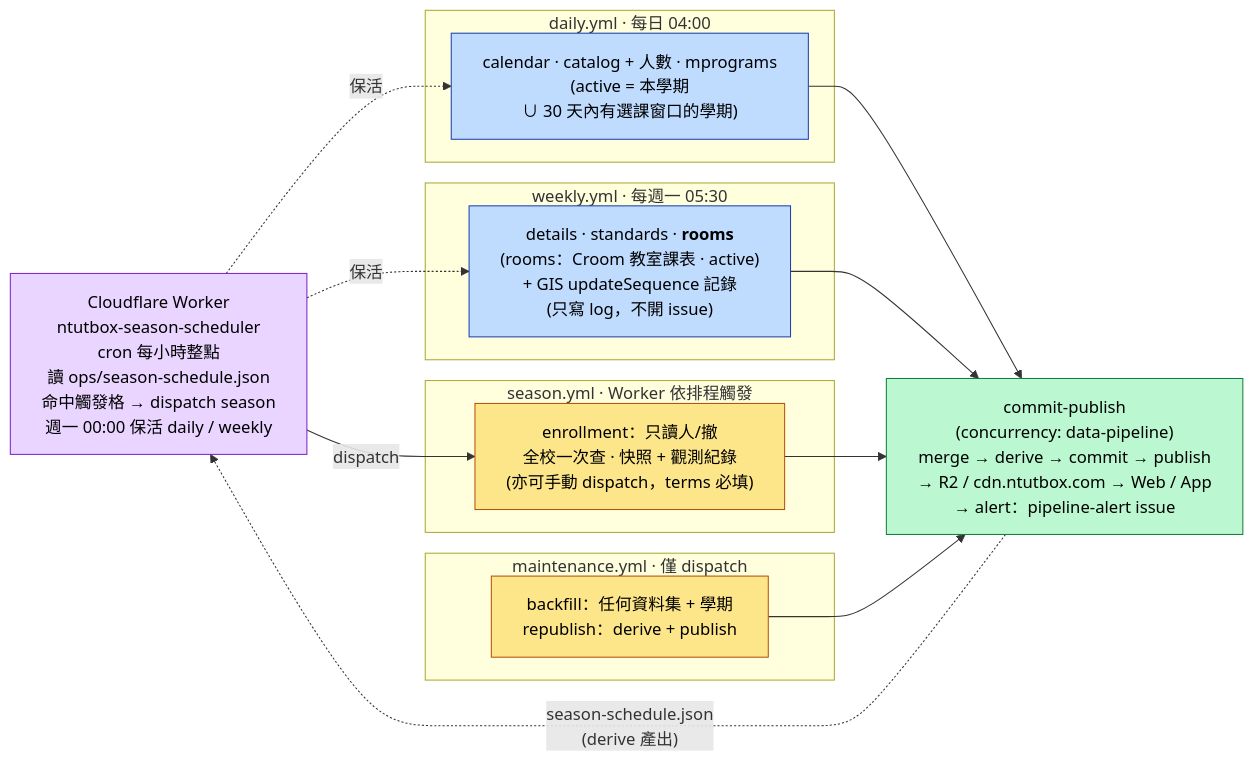
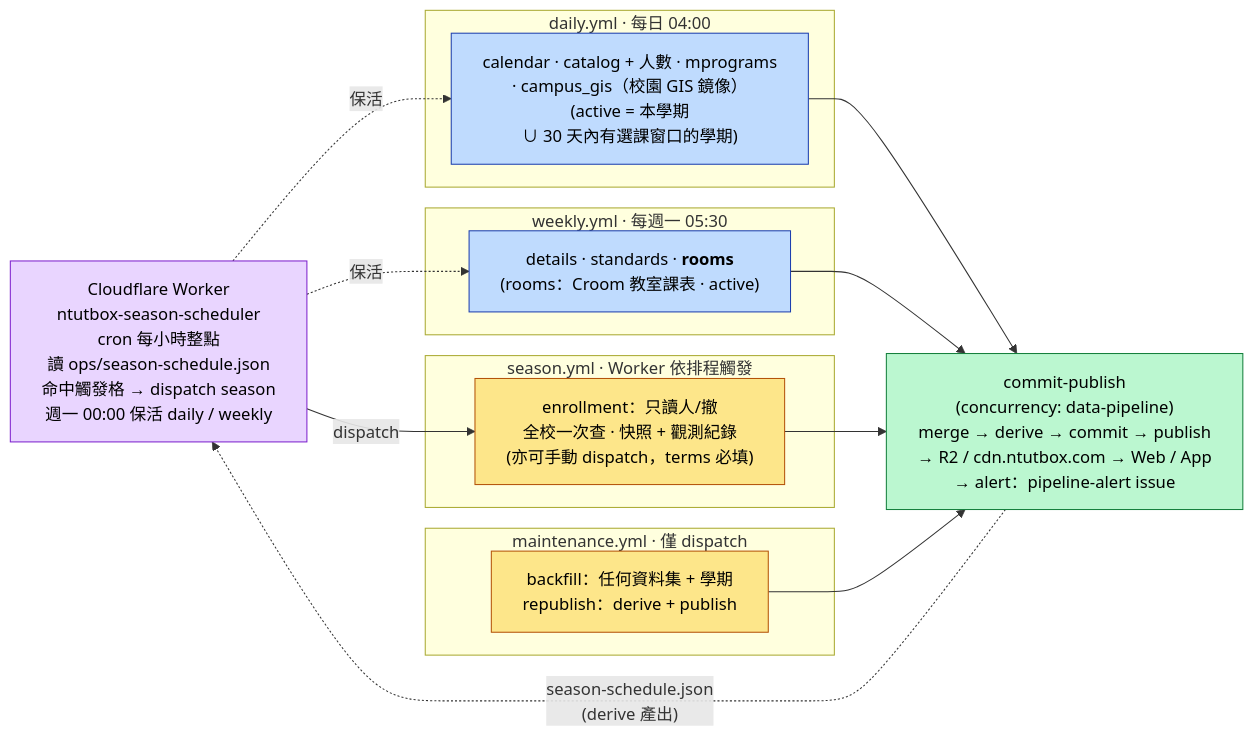
Before and after one commit to poterpan/ntutbox-course: the diagram in docs/diagrams/05-two-cadences.mmd, drawn with Mermaid. The commit also changed 42 other files, not shown here.

First line of the commit message:
feat(gis): campus_gis 資料集——GIS 改從 ntutbox-campus CDN 同步，清單與地圖用同一份大樓名稱與順序（D28） (#131)

```diff
--- a/docs/diagrams/05-two-cadences.mmd
+++ b/docs/diagrams/05-two-cadences.mmd
@@ -1,42 +1,42 @@
 ---
 config:
   flowchart:
     useMaxWidth: false
     wrappingWidth: 300
     nodeSpacing: 24
     rankSpacing: 50
 ---
 flowchart LR
     worker["Cloudflare Worker<br/>ntutbox-season-scheduler<br/>cron 每小時整點<br/>讀 ops/season-schedule.json<br/>命中觸發格 → dispatch season<br/>週一 00:00 保活 daily / weekly"]
 
     subgraph DAILY["daily.yml · 每日 04:00"]
-        d1["calendar · catalog + 人數 · mprograms<br/>(active = 本學期<br/>∪ 30 天內有選課窗口的學期)"]
+        d1["calendar · catalog + 人數 · mprograms<br/>· campus_gis（校園 GIS 鏡像）<br/>(active = 本學期<br/>∪ 30 天內有選課窗口的學期)"]
     end
     subgraph WEEKLY["weekly.yml · 每週一 05:30"]
-        w1["details · standards · <b>rooms</b><br/>(rooms：Croom 教室課表 · active)<br/>+ GIS updateSequence 記錄<br/>(只寫 log，不開 issue)"]
+        w1["details · standards · <b>rooms</b><br/>(rooms：Croom 教室課表 · active)"]
     end
     subgraph SEASON["season.yml · Worker 依排程觸發"]
         s1["enrollment：只讀人/撤<br/>全校一次查 · 快照 + 觀測紀錄<br/>(亦可手動 dispatch，terms 必填)"]
     end
     subgraph MAINT["maintenance.yml · 僅 dispatch"]
         m1["backfill：任何資料集 + 學期<br/>republish：derive + publish"]
     end
 
     worker -->|dispatch| s1
     worker -.->|保活| d1
     worker -.->|保活| w1
 
     d1 --> L["commit-publish<br/>(concurrency: data-pipeline)<br/>merge → derive → commit → publish<br/>→ R2 / cdn.ntutbox.com → Web / App<br/>→ alert：pipeline-alert issue"]
     w1 --> L
     s1 --> L
     m1 --> L
     L -.->|"season-schedule.json<br/>(derive 產出)"| worker
 
     classDef daily fill:#bfdbfe,stroke:#1e40af,color:#000
     classDef fast fill:#fde68a,stroke:#b45309,color:#000
     classDef out fill:#bbf7d0,stroke:#15803d,color:#000
     classDef trig fill:#e9d5ff,stroke:#7e22ce,color:#000
     class d1,w1 daily
     class s1,m1 fast
     class L out
     class worker trig
```
